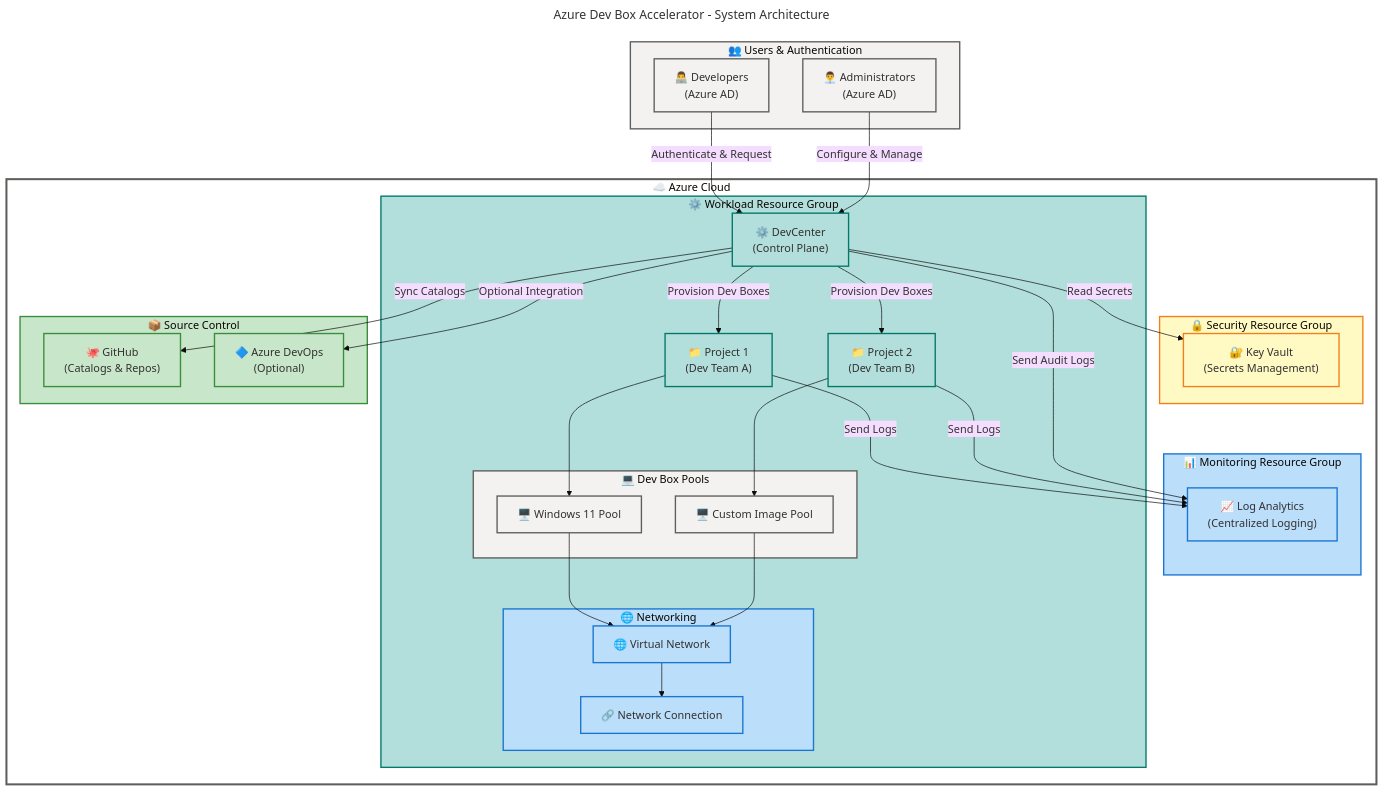
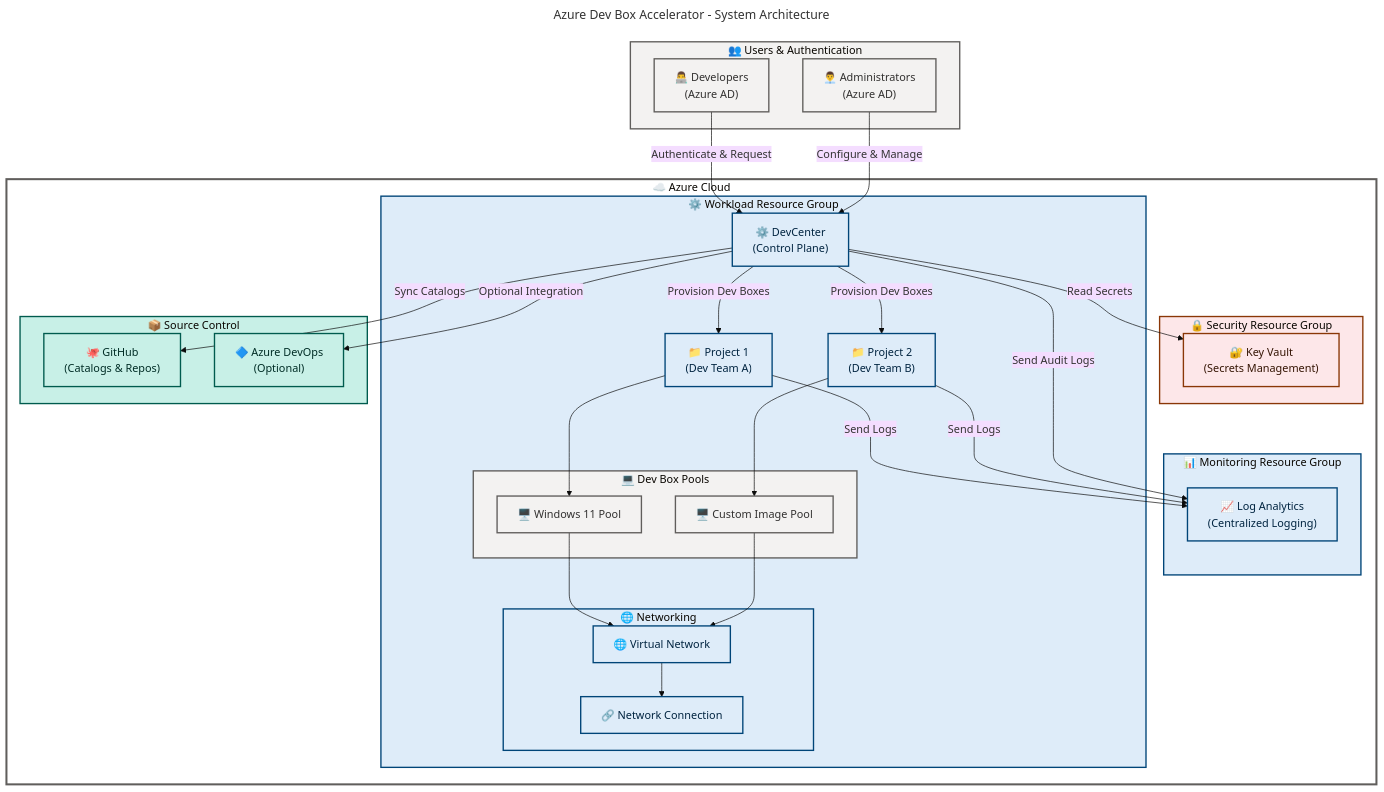
Before and after one commit to Evilazaro/DevExp-DevBox: the diagram in README.md, drawn with Mermaid.

Commit message:
fix: update color semantics and styling in architecture diagram for improved clarity and compliance

```diff
--- a/README.md
+++ b/README.md
@@ -87,11 +87,10 @@
     %% AZURE / FLUENT ARCHITECTURE PATTERN v1.1
     %% (Semantic + Structural + Font + Accessibility Governance)
     %% ============================================
-    %% Semantic discipline: 5/5 classes used (Yellow=Security, Blue=Monitoring, Teal=Workload, Green=SCM, Grey=Neutral)
+    %% Semantic discipline: 5/5 colors (Orange=Security, Blue=Process, Teal=Data, Yellow=Config, Grey=Neutral)
     %% Structural: 8 subgraphs with style directives (MRM-S001 compliant)
     %% Font: Icons on all 14 content nodes (MRM-I001 compliant)
     %% Accessibility: accTitle + accDescr declarations (MRM-A002 compliant)
-    %% Color Mapping: Yellow=#FFF9C4 (Security), Blue=#BBDEFB (Monitoring), Teal=#B2DFDB (Workload), Green=#C8E6C9 (SCM), Grey=#F3F2F1 (Neutral)
     %% ============================================
 
     subgraph users["👥 Users & Authentication"]
@@ -101,7 +100,7 @@
 
     subgraph azureCloud["☁️ Azure Cloud"]
         subgraph securityRG["🔒 Security Resource Group"]
-            kv["🔐 Key Vault<br/>(Secrets Management)"]:::azureYellow
+            kv["🔐 Key Vault<br/>(Secrets Management)"]:::warningOrange
         end
 
         subgraph monitoringRG["📊 Monitoring Resource Group"]
@@ -109,9 +108,9 @@
         end
 
         subgraph workloadRG["⚙️ Workload Resource Group"]
-            dc["⚙️ DevCenter<br/>(Control Plane)"]:::azureTeal
-            proj1["📁 Project 1<br/>(Dev Team A)"]:::azureTeal
-            proj2["📁 Project 2<br/>(Dev Team B)"]:::azureTeal
+            dc["⚙️ DevCenter<br/>(Control Plane)"]:::azureBlue
+            proj1["📁 Project 1<br/>(Dev Team A)"]:::azureBlue
+            proj2["📁 Project 2<br/>(Dev Team B)"]:::azureBlue
 
             subgraph networking["🌐 Networking"]
                 vnet["🌐 Virtual Network"]:::azureBlue
@@ -125,8 +124,8 @@
         end
 
         subgraph scm["📦 Source Control"]
-            gh["🐙 GitHub<br/>(Catalogs & Repos)"]:::azureGreen
-            ado["🔷 Azure DevOps<br/>(Optional)"]:::azureGreen
+            gh["🐙 GitHub<br/>(Catalogs & Repos)"]:::presenceTeal
+            ado["🔷 Azure DevOps<br/>(Optional)"]:::presenceTeal
         end
     end
 
@@ -159,12 +158,12 @@
     %% Subgraph Styling (MRM-S001 compliant)
     style users fill:#F3F2F1,stroke:#605E5C,stroke-width:2px
     style azureCloud fill:#FFFFFF,stroke:#605E5C,stroke-width:3px
-    style securityRG fill:#FFF9C4,stroke:#F57F17,stroke-width:2px
-    style monitoringRG fill:#BBDEFB,stroke:#1976D2,stroke-width:2px
-    style workloadRG fill:#B2DFDB,stroke:#00796B,stroke-width:2px
-    style networking fill:#BBDEFB,stroke:#1976D2,stroke-width:2px
+    style securityRG fill:#FDE7E9,stroke:#8A3707,stroke-width:2px
+    style monitoringRG fill:#DEECF9,stroke:#004578,stroke-width:2px
+    style workloadRG fill:#DEECF9,stroke:#004578,stroke-width:2px
+    style networking fill:#DEECF9,stroke:#004578,stroke-width:2px
     style pools fill:#F3F2F1,stroke:#605E5C,stroke-width:2px
-    style scm fill:#C8E6C9,stroke:#388E3C,stroke-width:2px
+    style scm fill:#C8F0E7,stroke:#005B4E,stroke-width:2px
 
     %% Required classDef Palette (14 declarations - MRM-D002 compliant)
     classDef level1Group fill:#FFFFFF,stroke:#605E5C,stroke-width:3px,color:#323130
@@ -173,13 +172,13 @@
     classDef level4Group fill:#D2D0CE,stroke:#605E5C,stroke-width:1px,color:#323130
     classDef mainGroup fill:#FFFFFF,stroke:#605E5C,stroke-width:3px,color:#323130
     classDef subGroup fill:#F3F2F1,stroke:#605E5C,stroke-width:2px,color:#323130
-    classDef azureBlue fill:#BBDEFB,stroke:#1976D2,stroke-width:2px,color:#323130
-    classDef azureGreen fill:#C8E6C9,stroke:#388E3C,stroke-width:2px,color:#323130
-    classDef azureRed fill:#FFCDD2,stroke:#D32F2F,stroke-width:2px,color:#323130
-    classDef azureYellow fill:#FFF9C4,stroke:#F57F17,stroke-width:2px,color:#323130
-    classDef azureOrange fill:#FFE0B2,stroke:#E64A19,stroke-width:2px,color:#323130
-    classDef azurePurple fill:#E1BEE7,stroke:#7B1FA2,stroke-width:2px,color:#323130
-    classDef azureTeal fill:#B2DFDB,stroke:#00796B,stroke-width:2px,color:#323130
+    classDef azureBlue fill:#DEECF9,stroke:#004578,stroke-width:2px,color:#002440
+    classDef successGreen fill:#DFF6DD,stroke:#0B6A0B,stroke-width:2px,color:#063206
+    classDef errorRed fill:#FDE7E9,stroke:#A4262C,stroke-width:2px,color:#410D12
+    classDef sharedYellow fill:#FFF4CE,stroke:#986F0B,stroke-width:2px,color:#3D2C05
+    classDef warningOrange fill:#FDE7E9,stroke:#8A3707,stroke-width:2px,color:#341403
+    classDef neutralPurple fill:#E1DFDD,stroke:#5B5FC7,stroke-width:2px,color:#25265E
+    classDef presenceTeal fill:#C8F0E7,stroke:#005B4E,stroke-width:2px,color:#002D26
     classDef neutralGrey fill:#F3F2F1,stroke:#605E5C,stroke-width:2px,color:#323130
 
     %% Accessibility: WCAG AA verified (4.5:1 contrast ratio)
```
